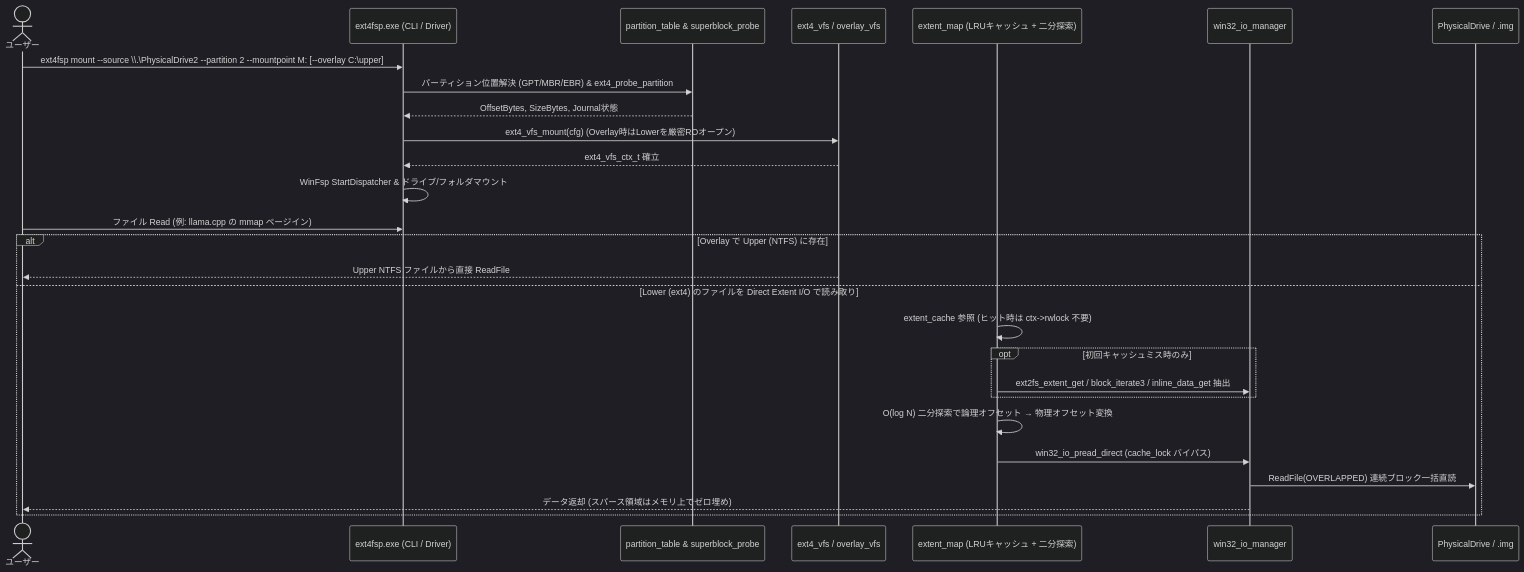
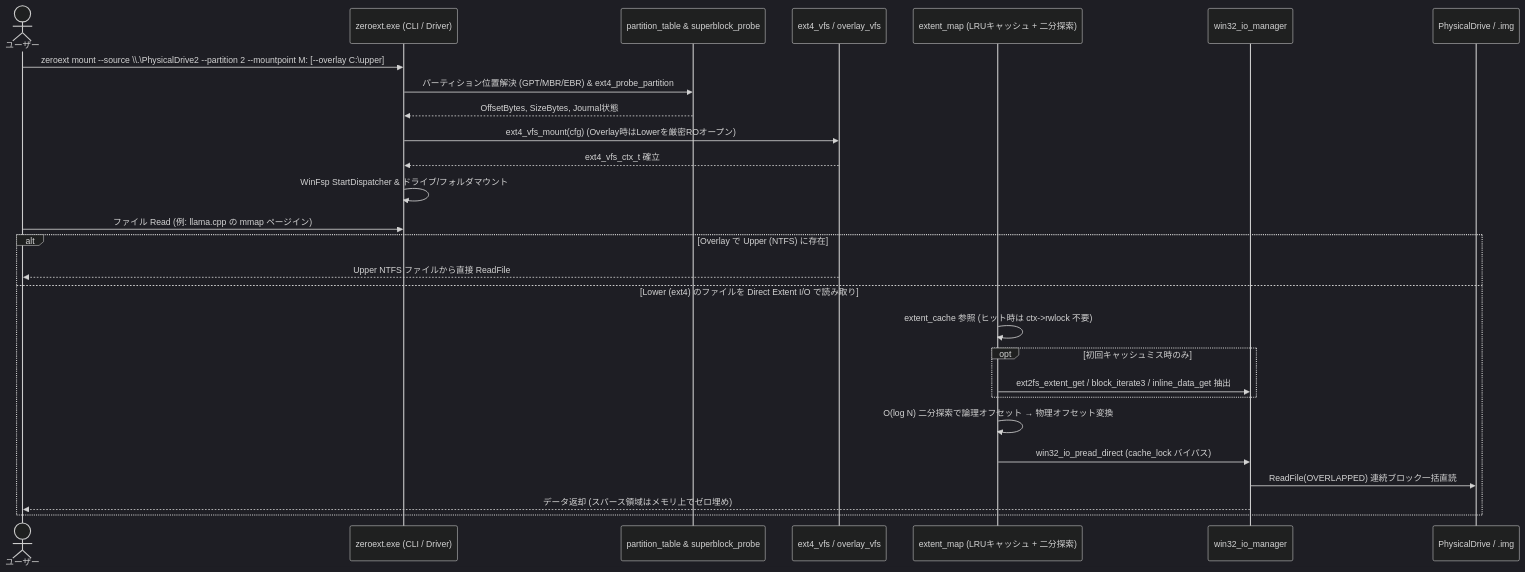
One commit to totatake/ZeroExt changed the second of 2 diagrams in docs/architecture.md. Above: the diagram before and after it, drawn with Mermaid (dark theme). The commit also changed other lines of this file and 32 other files, not shown here.

Commit message:
chore,feat: rename project to ZeroExt (zeroext.exe) and enable Direct I/O by default on RO/overlay

````diff
--- a/docs/architecture.md
+++ b/docs/architecture.md
@@ -59,31 +59,31 @@
 ```mermaid
 sequenceDiagram
     actor User as ユーザー
-    participant CLI as ext4fsp.exe (CLI / Driver)
+    participant CLI as zeroext.exe (CLI / Driver)
     participant Disk as partition_table & superblock_probe
     participant VFS as ext4_vfs / overlay_vfs
     participant Ext as extent_map (LRUキャッシュ + 二分探索)
     participant IO as win32_io_manager
     participant Dev as PhysicalDrive / .img
 
-    User->>CLI: ext4fsp mount --source \\.\PhysicalDrive2 --partition 2 --mountpoint M: [--overlay C:\upper]
+    User->>CLI: zeroext mount --source \\.\PhysicalDrive2 --partition 2 --mountpoint M: [--overlay C:\upper]
     CLI->>Disk: パーティション位置解決 (GPT/MBR/EBR) & ext4_probe_partition
     Disk-->>CLI: OffsetBytes, SizeBytes, Journal状態
     CLI->>VFS: ext4_vfs_mount(cfg) (Overlay時はLowerを厳密ROオープン)
     VFS-->>CLI: ext4_vfs_ctx_t 確立
     CLI->>CLI: WinFsp StartDispatcher & ドライブ/フォルダマウント
 
     User->>CLI: ファイル Read (例: llama.cpp の mmap ページイン)
     alt Overlay で Upper (NTFS) に存在
         VFS-->>User: Upper NTFS ファイルから直接 ReadFile
     else Lower (ext4) のファイルを Direct Extent I/O で読み取り
         Ext->>Ext: extent_cache 参照 (ヒット時は ctx->rwlock 不要)
         opt 初回キャッシュミス時のみ
             Ext->>IO: ext2fs_extent_get / block_iterate3 / inline_data_get 抽出
         end
         Ext->>Ext: O(log N) 二分探索で論理オフセット → 物理オフセット変換
         Ext->>IO: win32_io_pread_direct (cache_lock バイパス)
         IO->>Dev: ReadFile(OVERLAPPED) 連続ブロック一括直読
         IO-->>User: データ返却 (スパース領域はメモリ上でゼロ埋め)
     end
 ```
````
